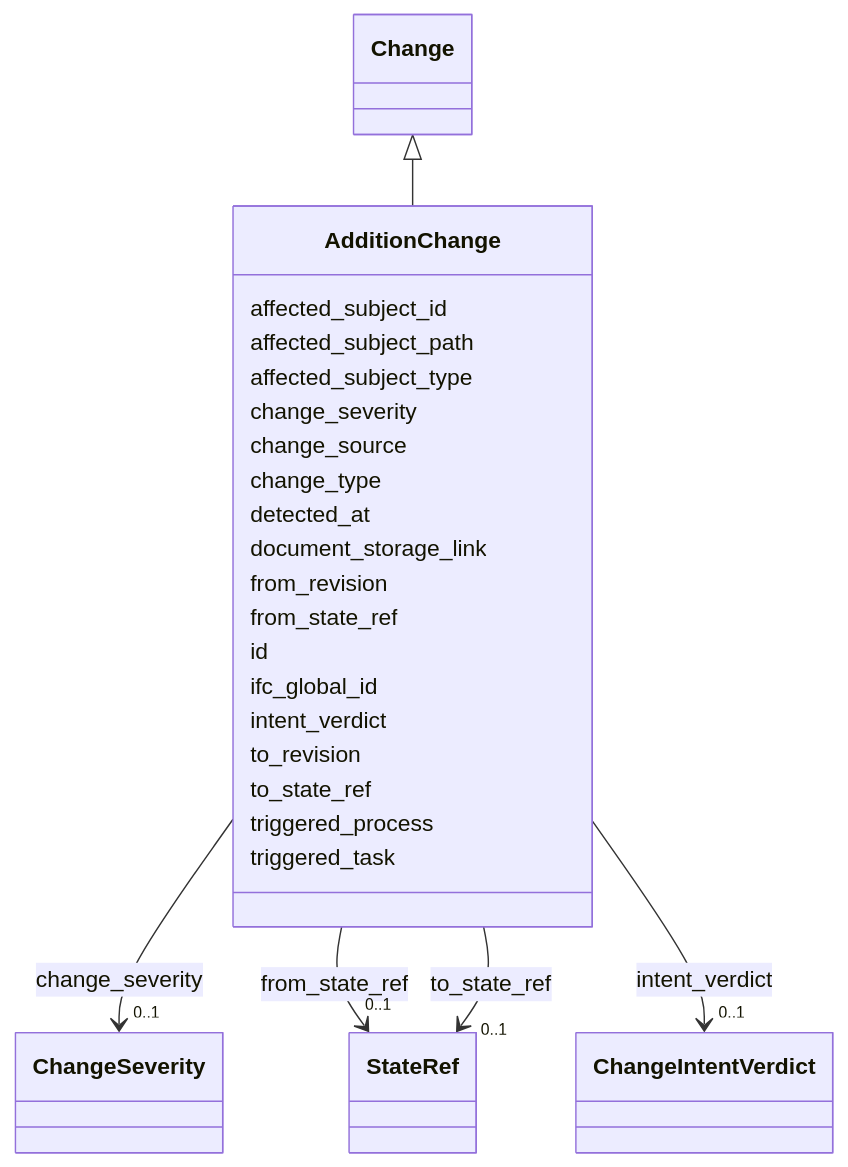
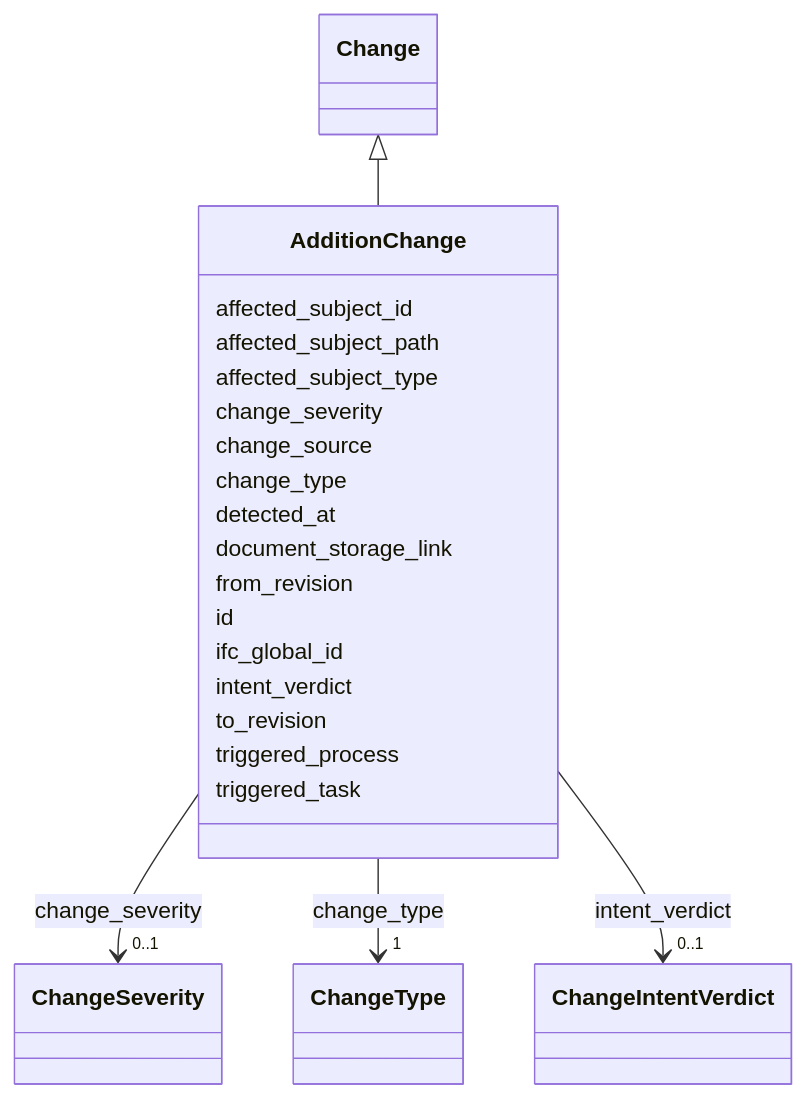
One commit to simondilhas/pragmatic-bim-data-contract changed the diagram in latest/schema/AdditionChange.md. Above: the diagram before and after it, drawn with Mermaid. The commit also changed other lines of this file and 2590 other files, not shown here.

````diff
--- a/latest/schema/AdditionChange.md
+++ b/latest/schema/AdditionChange.md
@@ -23,79 +23,28 @@
 ```mermaid
  classDiagram
     class AdditionChange
-    click AdditionChange href "../AdditionChange/"
+    click AdditionChange href "./AdditionChange.html"
       Change <|-- AdditionChange
-        click Change href "../Change/"
-      
+        click Change href "./Change.html"
       AdditionChange : affected_subject_id
-        
       AdditionChange : affected_subject_path
-        
       AdditionChange : affected_subject_type
-        
       AdditionChange : change_severity
-        
-          
-    
-        
-        
         AdditionChange --> "0..1" ChangeSeverity : change_severity
-        click ChangeSeverity href "../ChangeSeverity/"
-    
-
-        
+        click ChangeSeverity href "./ChangeSeverity.html"
       AdditionChange : change_source
-        
       AdditionChange : change_type
-        
+        AdditionChange --> "1" ChangeType : change_type
+        click ChangeType href "./ChangeType.html"
       AdditionChange : detected_at
-        
       AdditionChange : document_storage_link
-        
       AdditionChange : from_revision
-        
-      AdditionChange : from_state_ref
-        
-          
-    
-        
-        
-        AdditionChange --> "0..1" StateRef : from_state_ref
-        click StateRef href "../StateRef/"
-    
-
-        
       AdditionChange : id
-        
       AdditionChange : ifc_global_id
-        
       AdditionChange : intent_verdict
-        
-          
-    
-        
-        
         AdditionChange --> "0..1" ChangeIntentVerdict : intent_verdict
-        click ChangeIntentVerdict href "../ChangeIntentVerdict/"
-    
-
-        
+        click ChangeIntentVerdict href "./ChangeIntentVerdict.html"
       AdditionChange : to_revision
-        
-      AdditionChange : to_state_ref
-        
-          
-    
-        
-        
-        AdditionChange --> "0..1" StateRef : to_state_ref
-        click StateRef href "../StateRef/"
-    
-
-        
       AdditionChange : triggered_process
-        
       AdditionChange : triggered_task
-        
-      
 ```
````
